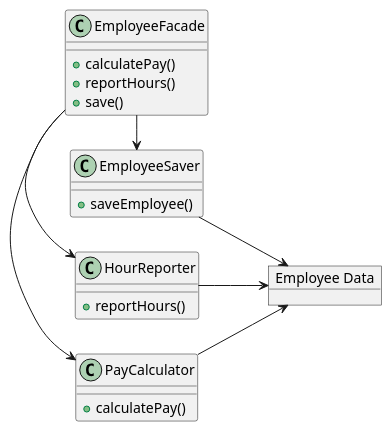
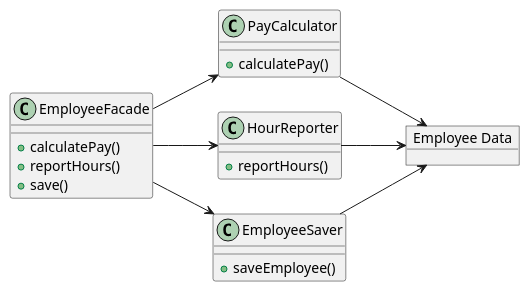
One commit to huland/logseq-notes changed the second of 2 diagrams in pages/Robert C. Martin - Clean Architecture A Craftsman's Guide to Software Structure and Design.md. Above: the diagram before and after it, drawn with PlantUML.

Commit message:
Auto saved by Logseq

```diff
--- a/pages/Robert C. Martin - Clean Architecture A Craftsman's Guide to Software Structure and Design.md
+++ b/pages/Robert C. Martin - Clean Architecture A Craftsman's Guide to Software Structure and Design.md
@@ -113,31 +113,31 @@
 				  @startuml
 				  
 				  allowmixing
 				  left to right direction
 				  
 				  class EmployeeFacade {
 				    + calculatePay()
 				    + reportHours()
 				    + save()
 				  }
 				  
 				  class PayCalculator {
 				    + calculatePay()
 				  }
 				  class HourReporter {
 				    + reportHours()
 				  }
 				  class EmployeeSaver{
 				    + saveEmployee()
 				  }
 				  object "Employee Data" as emp_data
 				  
-				  EmployeeFacade -> PayCalculator
-				  EmployeeFacade -> HourReporter
-				  EmployeeFacade -> EmployeeSaver
+				  EmployeeFacade --> PayCalculator
+				  EmployeeFacade --> HourReporter
+				  EmployeeFacade --> EmployeeSaver
 				  PayCalculator --> emp_data
 				  HourReporter --> emp_data
 				  EmployeeSaver --> emp_data
 				  
 				  
 				  @enduml
```
